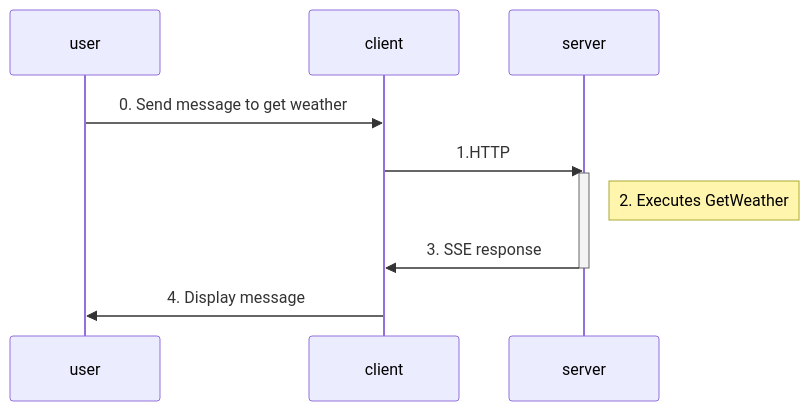
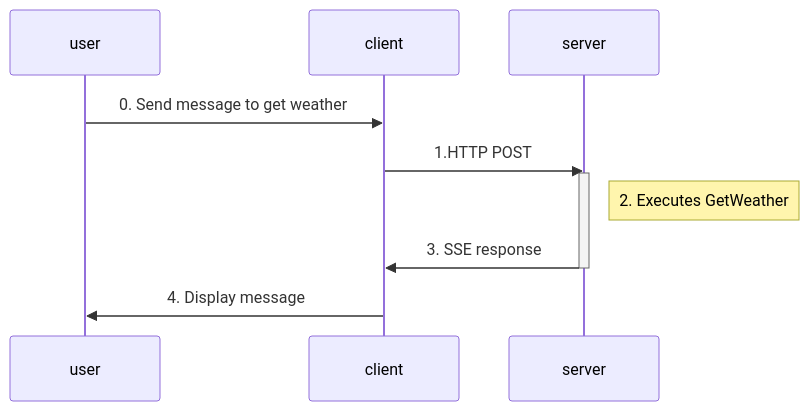
The first of 2 diagrams in project1/Client_Tutorial_2/README.md (jasmin-software/dotnet_agui_workshop), drawn with Mermaid before and after one commit. The commit also changed 1 other file, not shown here.

Commit message:
more refinement

````diff
--- a/project1/Client_Tutorial_2/README.md
+++ b/project1/Client_Tutorial_2/README.md
@@ -25,11 +25,11 @@
 ```mermaid
 sequenceDiagram;
    user->>client: 0. Send message to get weather
-   client->>server: 1.HTTP
+   client->>server: 1.HTTP POST
    activate server
    Note right of server: 2. Executes GetWeather
    server->>client: 3. SSE response
    deactivate server
    client->>user: 4. Display message
    
 ```
````
